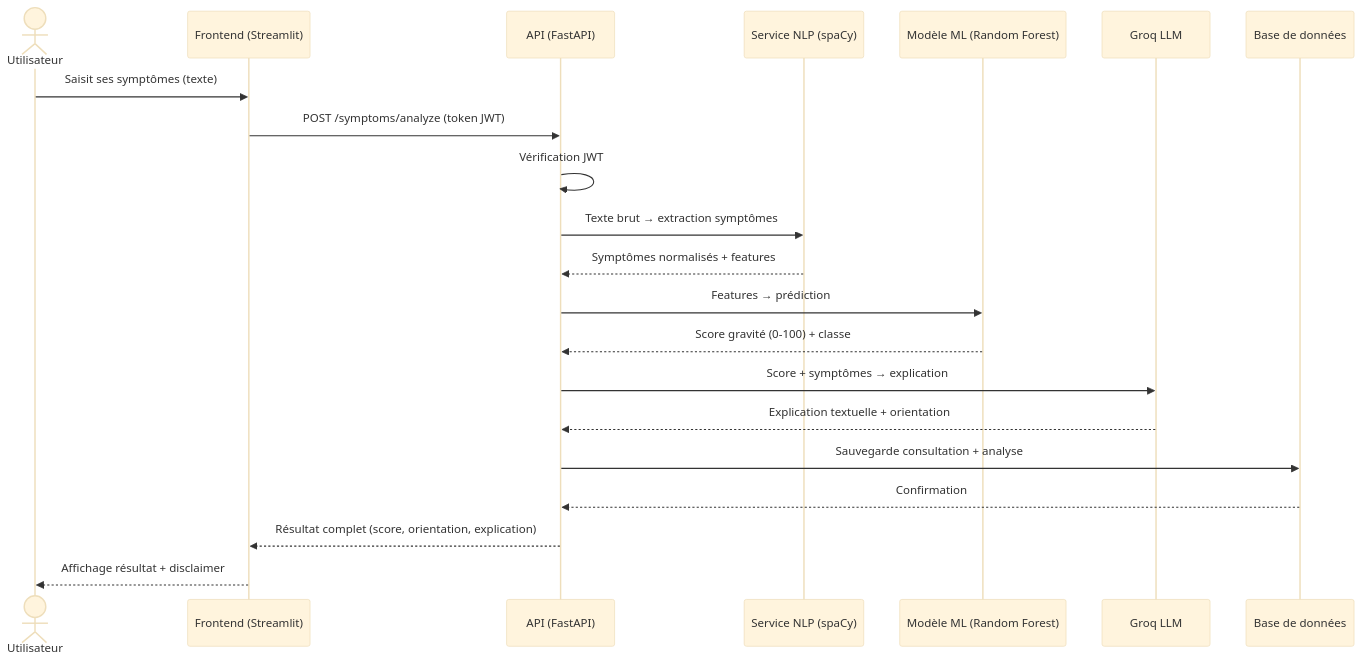
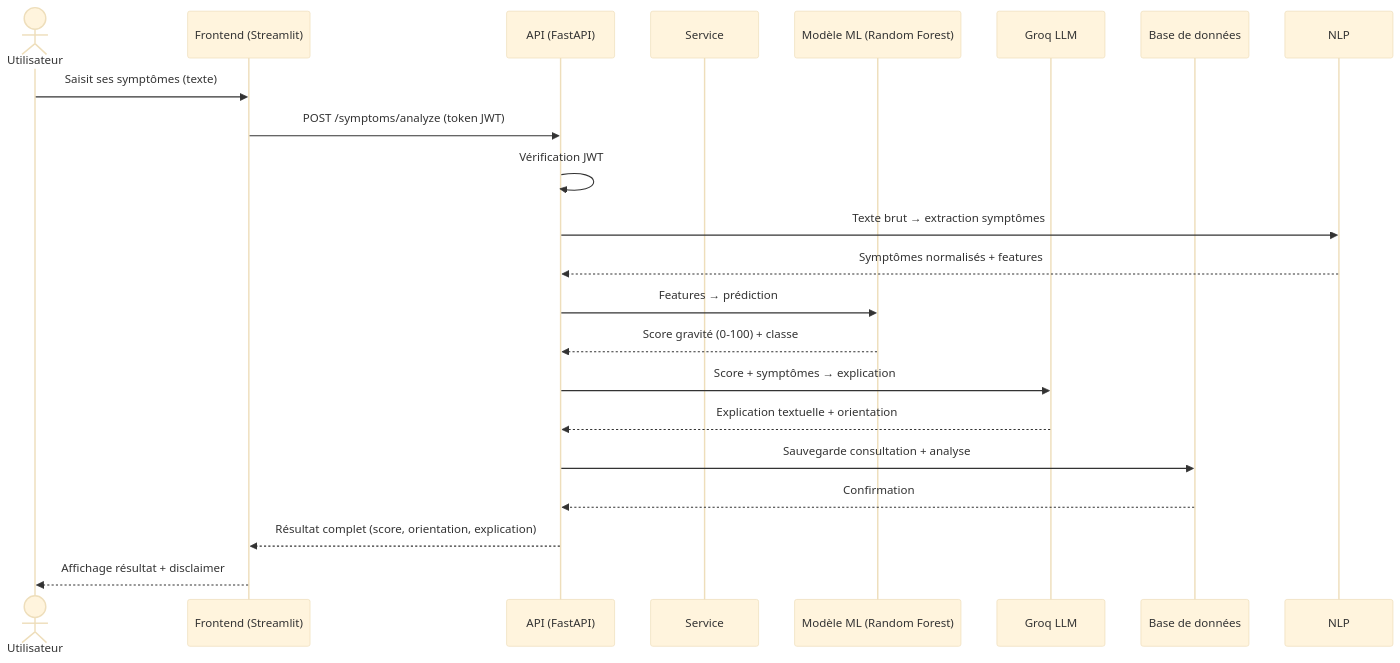
The diagram in docs/uml/sequenceAnalyse.md (abirmes/MediAssist), drawn with Mermaid (base theme) before and after one commit. The commit also changed 12 other files, not shown here.

````diff
--- a/docs/uml/sequenceAnalyse.md
+++ b/docs/uml/sequenceAnalyse.md
@@ -1,24 +1,24 @@
 ```mermaid
 sequenceDiagram
     actor U as Utilisateur
     participant F as Frontend (Streamlit)
     participant A as API (FastAPI)
-    participant NLP as Service NLP (spaCy)
+    participant Service 
     participant ML as Modèle ML (Random Forest)
     participant LLM as Groq LLM
     participant DB as Base de données
 
     U->>F: Saisit ses symptômes (texte)
     F->>A: POST /symptoms/analyze (token JWT)
     A->>A: Vérification JWT
     A->>NLP: Texte brut → extraction symptômes
     NLP-->>A: Symptômes normalisés + features
     A->>ML: Features → prédiction
     ML-->>A: Score gravité (0-100) + classe
     A->>LLM: Score + symptômes → explication
     LLM-->>A: Explication textuelle + orientation
     A->>DB: Sauvegarde consultation + analyse
     DB-->>A: Confirmation
     A-->>F: Résultat complet (score, orientation, explication)
     F-->>U: Affichage résultat + disclaimer
 ```
````
